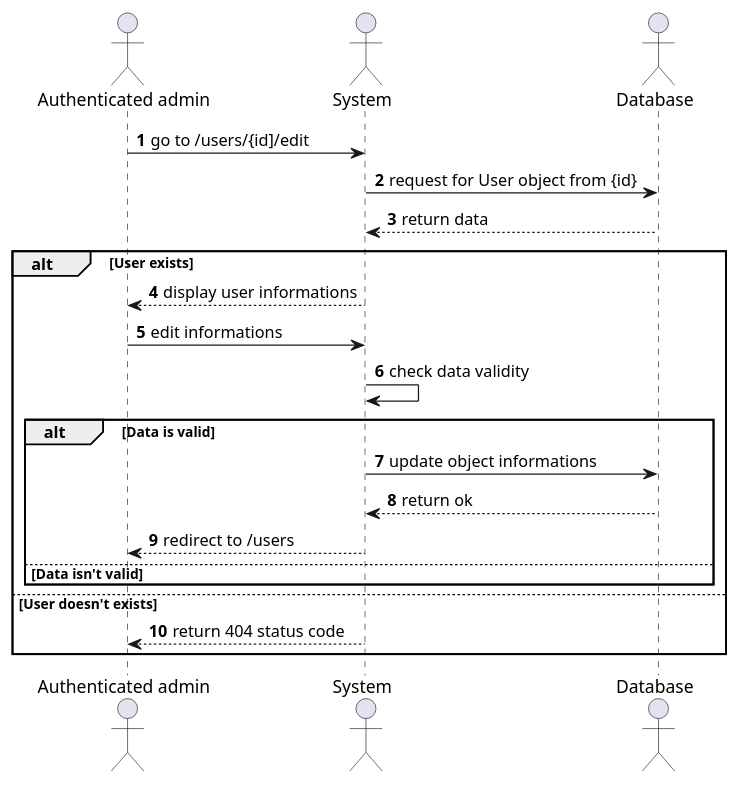
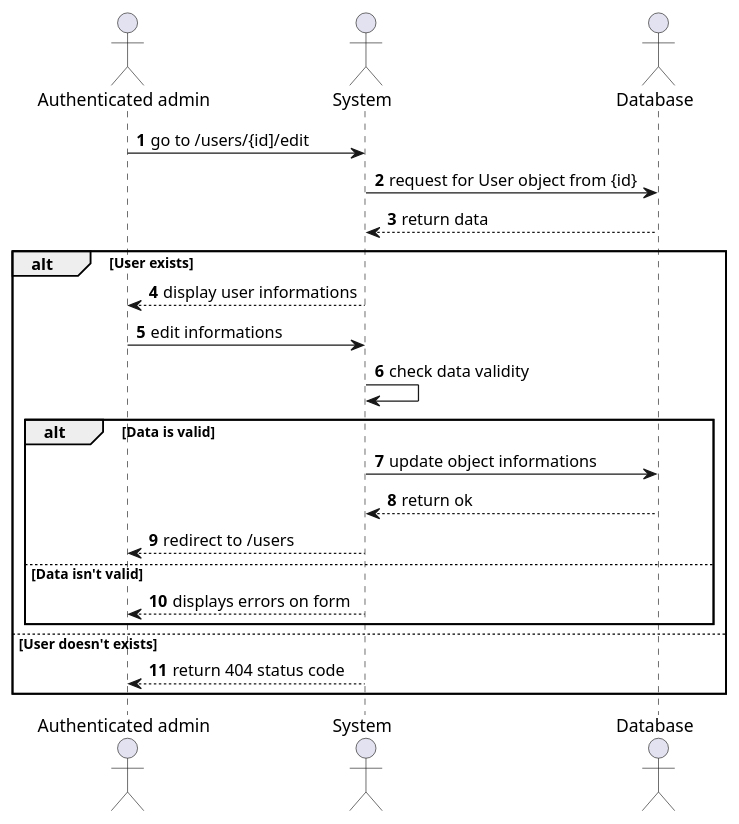
One commit to Xwyk/todoco changed the diagram in diagrams/Sequences/UsersManagement/Sequence_EditUsers.puml. Above: the diagram before and after it, drawn with PlantUML.

Commit message:
Add return on not valid data

```diff
--- a/diagrams/Sequences/UsersManagement/Sequence_EditUsers.puml
+++ b/diagrams/Sequences/UsersManagement/Sequence_EditUsers.puml
@@ -1,28 +1,29 @@
 @startuml
 'https://plantuml.com/sequence-diagram
 
 autonumber
 
 actor "Authenticated admin" as admin
 actor System                as system
 actor Database              as db
 
 admin  -> system  : go to /users/{id]/edit
 system -> db      : request for User object from {id}
 system <-- db     : return data
 
 alt User exists
       admin  <-- system : display user informations
       admin  -> system : edit informations
       system -> system : check data validity
       alt Data is valid
             system -> db : update object informations
             db --> system : return ok
             system --> admin : redirect to /users
       else Data isn't valid
+            system --> admin : displays errors on form
       end
 else User doesn't exists
   admin  <-- system : return 404 status code
 end
 
 @enduml
```
